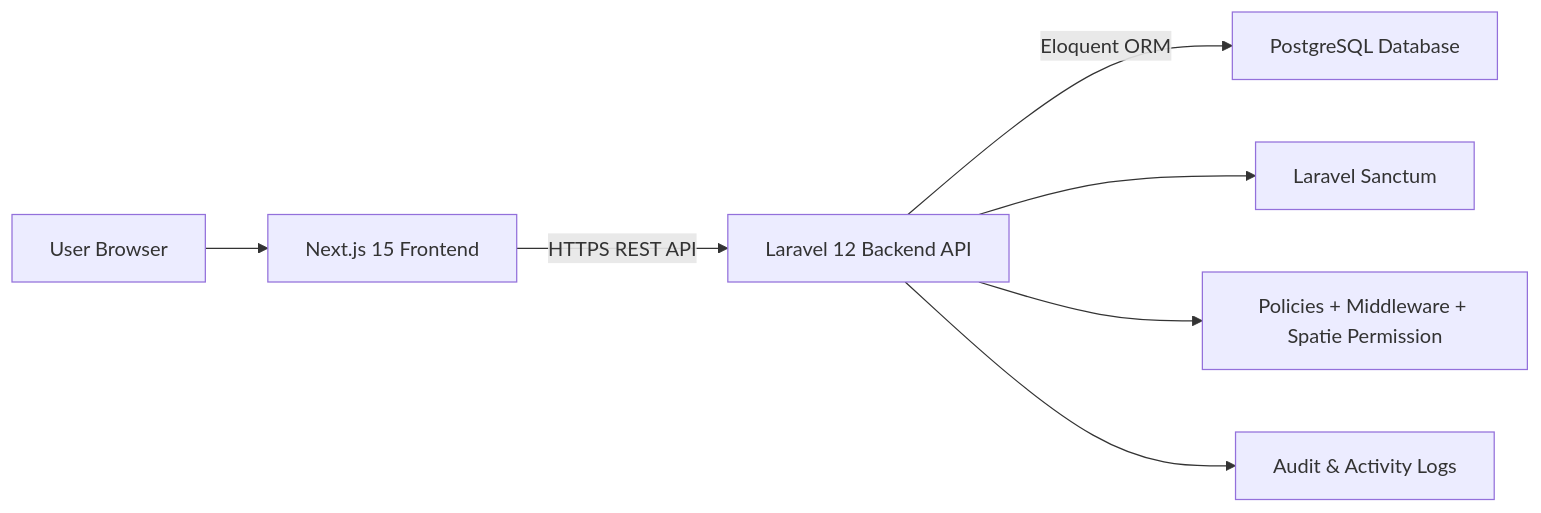
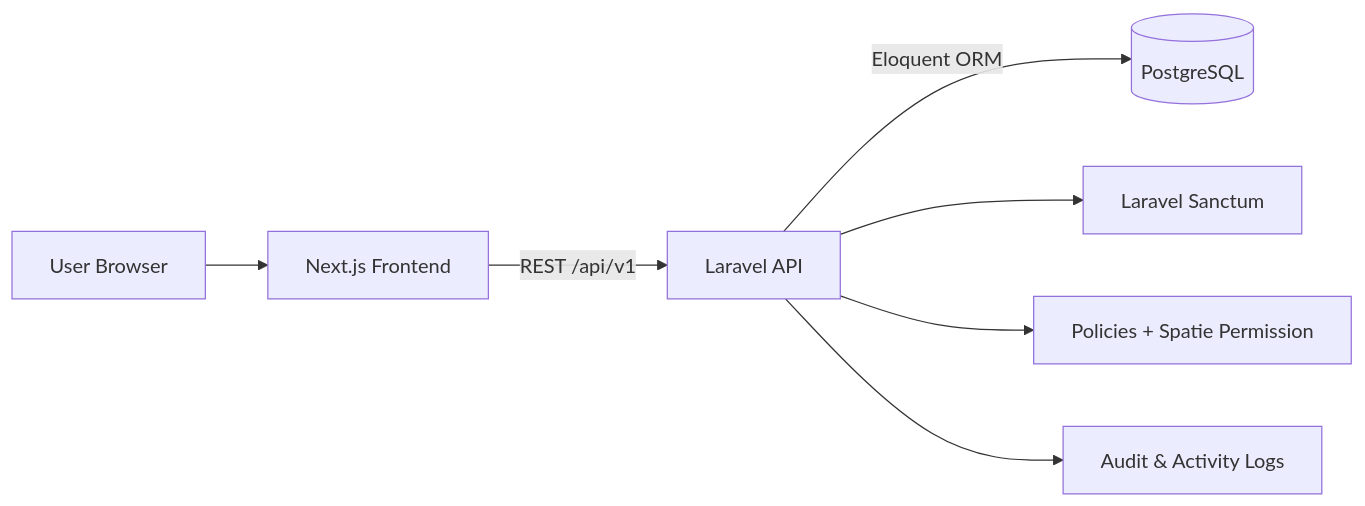
The diagram in README.md (jeyapragash1/project-team-task-management-platform), drawn with Mermaid before and after one commit. The commit also changed other lines of this file and 35 other files, not shown here.

````diff
--- a/README.md
+++ b/README.md
@@ -167,9 +79,9 @@
 ```mermaid
 flowchart LR
-    U["User Browser"] --> F["Next.js 15 Frontend"]
-    F -->|HTTPS REST API| B["Laravel 12 Backend API"]
-    B -->|Eloquent ORM| DB["PostgreSQL Database"]
-    B --> AUTH["Laravel Sanctum"]
-    B --> RBAC["Policies + Middleware + Spatie Permission"]
-    B --> LOGS["Audit & Activity Logs"]
+    Browser[User Browser] --> Frontend[Next.js Frontend]
+    Frontend -->|REST /api/v1| Backend[Laravel API]
+    Backend -->|Eloquent ORM| Database[(PostgreSQL)]
+    Backend --> Sanctum[Laravel Sanctum]
+    Backend --> RBAC[Policies + Spatie Permission]
+    Backend --> Logs[Audit & Activity Logs]
 ```
````
